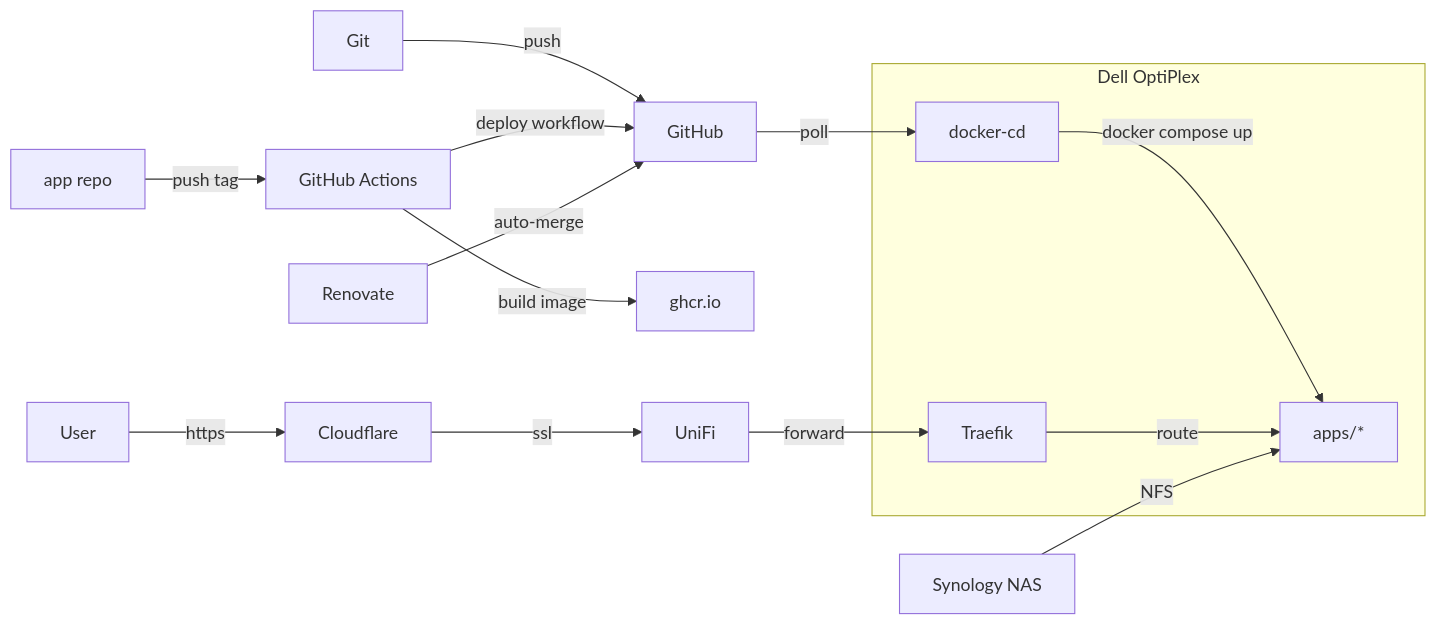
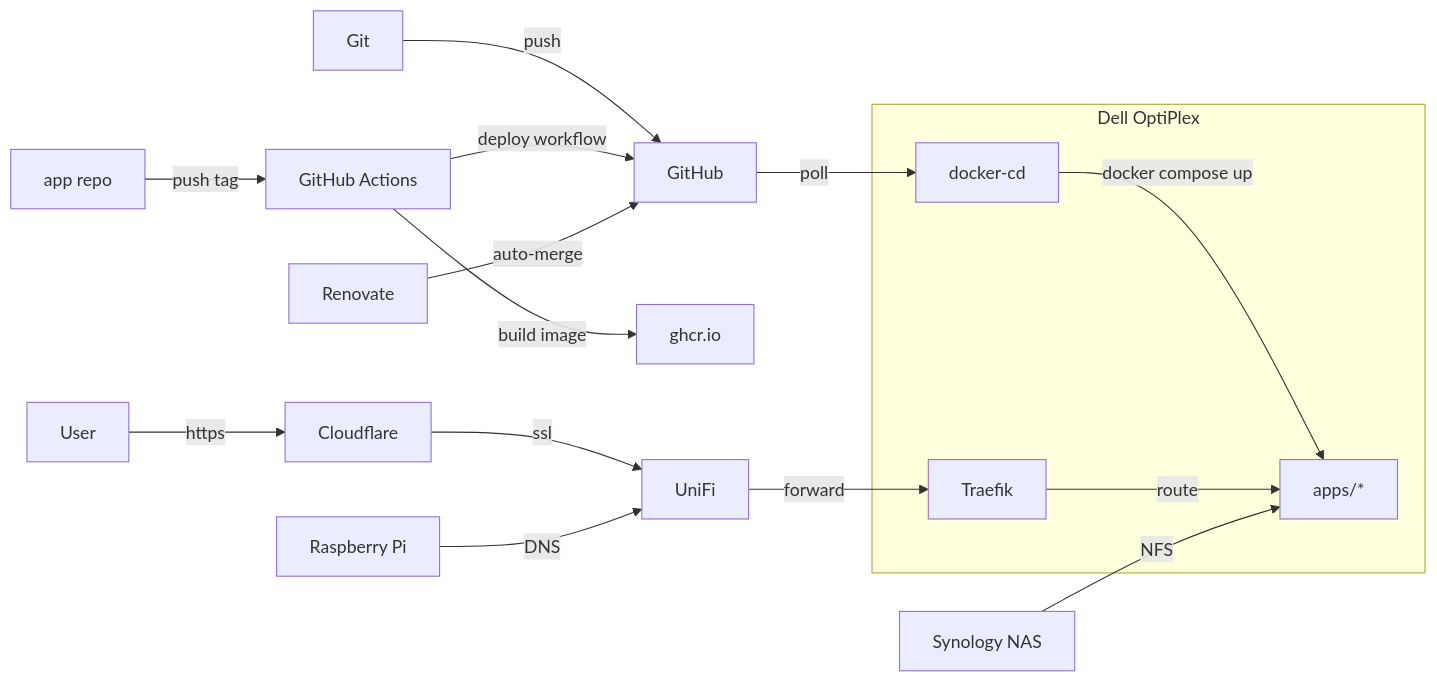
The diagram in README.md (wajeht/home-ops), drawn with Mermaid before and after one commit.

Commit message:
docs: document raspberry pi dns server

````diff
--- a/README.md
+++ b/README.md
@@ -17,15 +17,16 @@
 ```mermaid
 flowchart LR
     subgraph Dell[Dell OptiPlex]
         docker-cd -->|docker compose up| Apps[apps/*]
         Traefik -->|route| Apps
     end
 
     Git -->|push| GitHub -->|poll| docker-cd
     AppRepo[app repo] -->|push tag| Actions[GitHub Actions]
     Actions -->|build image| GHCR[ghcr.io]
     Actions -->|deploy workflow| GitHub
     Renovate -->|auto-merge| GitHub
     User -->|https| Cloudflare -->|ssl| UniFi -->|forward| Traefik
     NAS[Synology NAS] -->|NFS| Apps
+    Pi[Raspberry Pi] -->|DNS| UniFi
 ```
````
